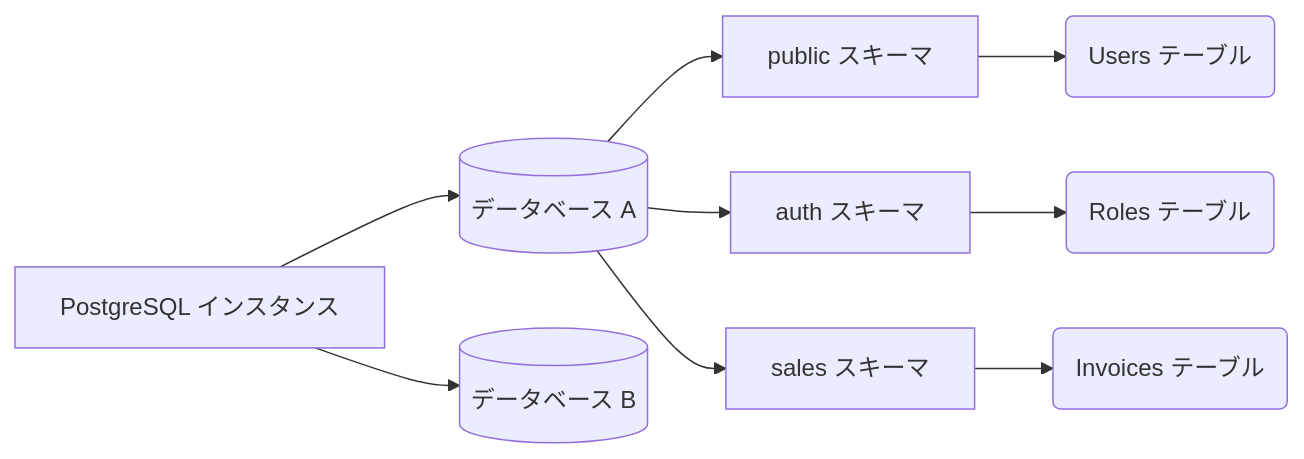
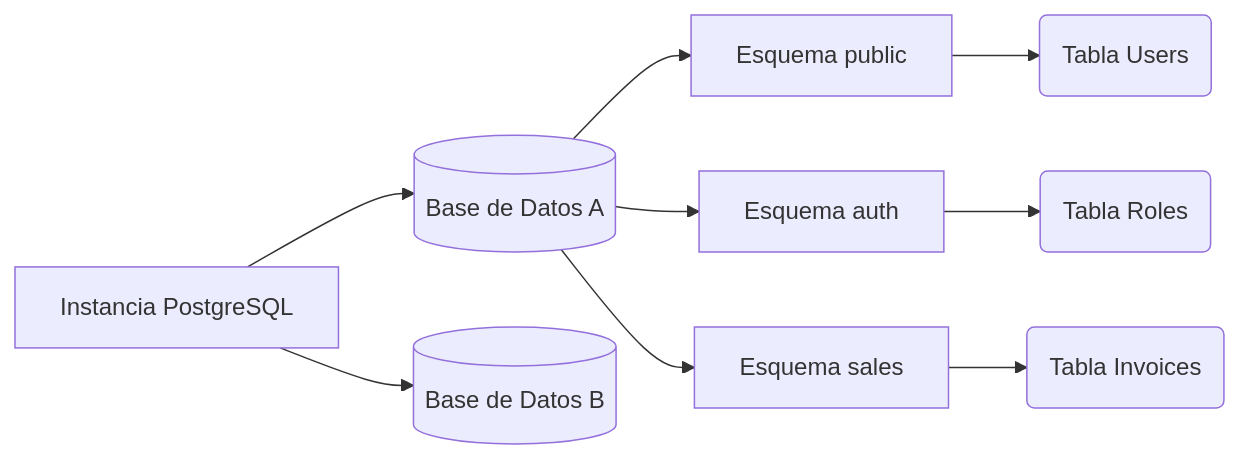
The first of 2 diagrams in public/docs/ja/postgres_basico.md (gjpierp/nmergeia), drawn with Mermaid before and after one commit. The commit also changed other lines of this file and 518 other files, not shown here.

````diff
--- a/public/docs/ja/postgres_basico.md
+++ b/public/docs/ja/postgres_basico.md
@@ -9,13 +9,13 @@
 ```mermaid
 graph LR
-    Instancia[PostgreSQL インスタンス] --> DB1[(データベース A)]
-    Instancia --> DB2[(データベース B)]
+    Instancia[Instancia PostgreSQL] --> DB1[(Base de Datos A)]
+    Instancia --> DB2[(Base de Datos B)]
     
-    DB1 --> Public[public スキーマ]
-    DB1 --> Auth[auth スキーマ]
-    DB1 --> Sales[sales スキーマ]
+    DB1 --> Public[Esquema public]
+    DB1 --> Auth[Esquema auth]
+    DB1 --> Sales[Esquema sales]
     
-    Public --> T1(Users テーブル)
-    Auth --> T2(Roles テーブル)
-    Sales --> T3(Invoices テーブル)
+    Public --> T1(Tabla Users)
+    Auth --> T2(Tabla Roles)
+    Sales --> T3(Tabla Invoices)
 ```
````
